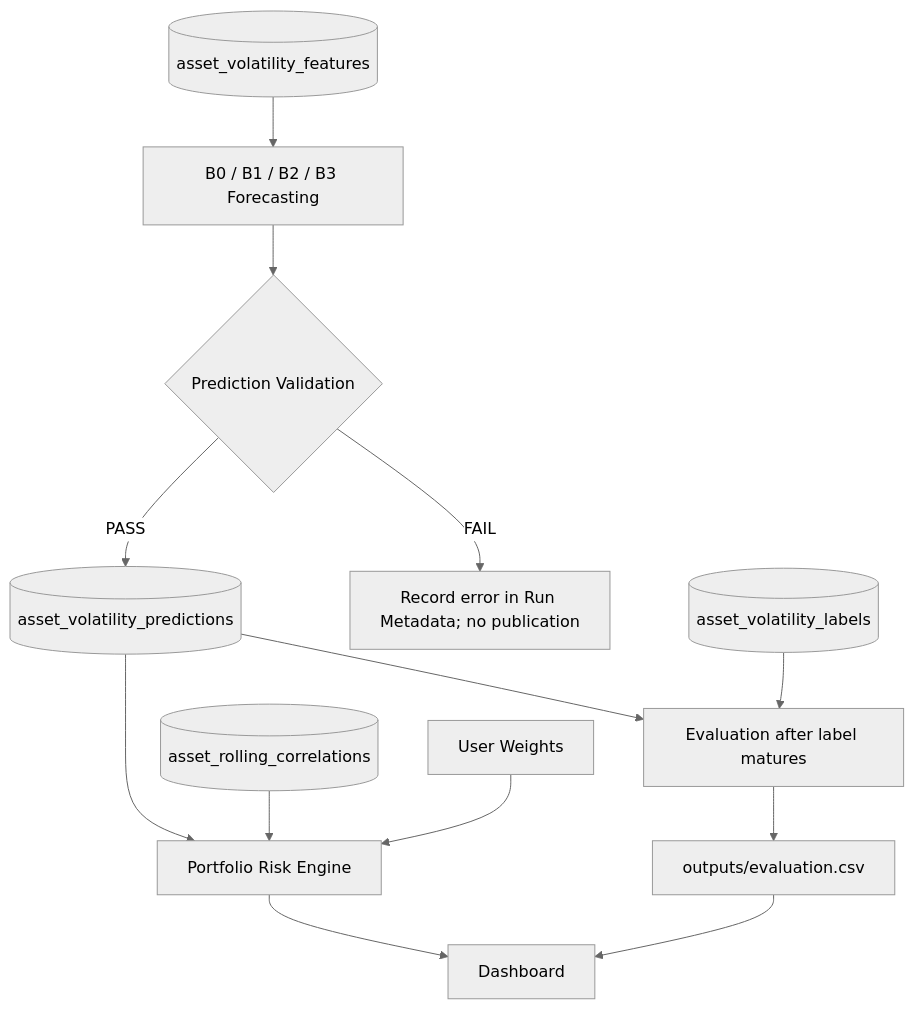
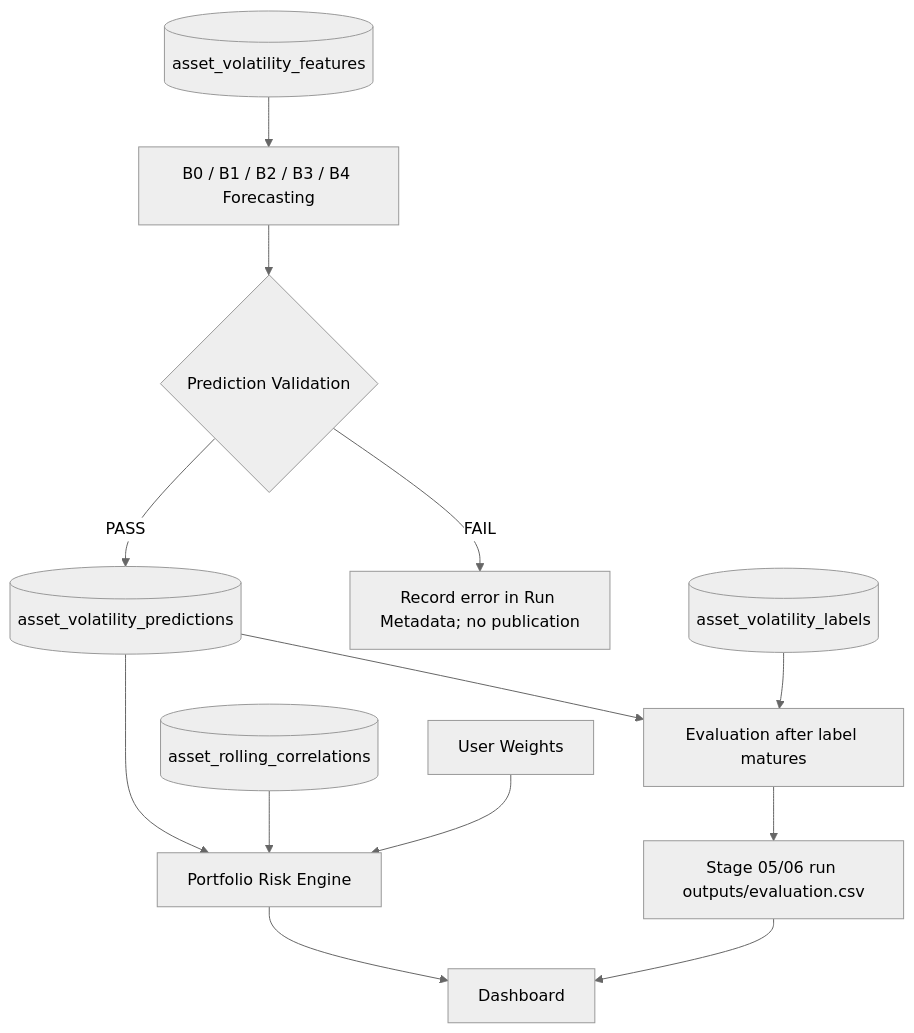
One commit to 01aptx01/datasci-and-dataen-project changed the diagram in docs/contract/prediction_contract.md. Above: the diagram before and after it, drawn with Mermaid (neutral theme). The commit also changed other lines of this file and 24 other files, not shown here.

````diff
--- a/docs/contract/prediction_contract.md
+++ b/docs/contract/prediction_contract.md
@@ -23,15 +25,15 @@
 ```mermaid
 flowchart TD
-    F[(asset_volatility_features)] --> M["B0 / B1 / B2 / B3 Forecasting"]
+    F[(asset_volatility_features)] --> M["B0 / B1 / B2 / B3 / B4 Forecasting"]
     M --> V{"Prediction Validation"}
     V -- "PASS" --> P[(asset_volatility_predictions)]
     V -- "FAIL" --> X["Record error in Run Metadata; no publication"]
     P --> R["Portfolio Risk Engine"]
     C[(asset_rolling_correlations)] --> R
     W["User Weights"] --> R
     R --> D["Dashboard"]
     P --> E["Evaluation after label matures"]
     L[(asset_volatility_labels)] --> E
-    E --> O["outputs/evaluation.csv"]
+    E --> O["Stage 05/06 run outputs/evaluation.csv"]
     O --> D
 ```
````
